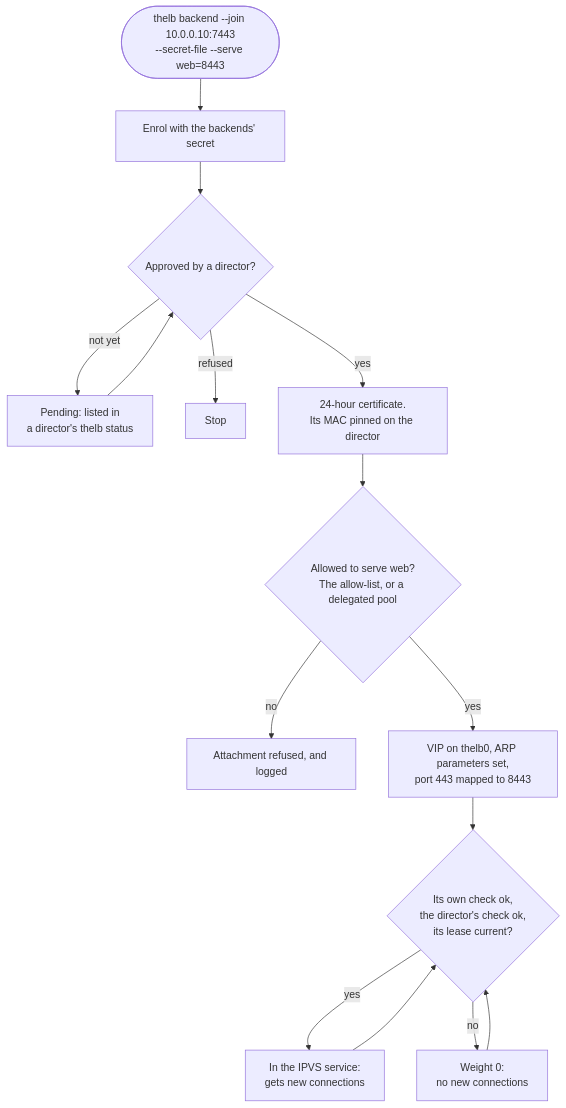
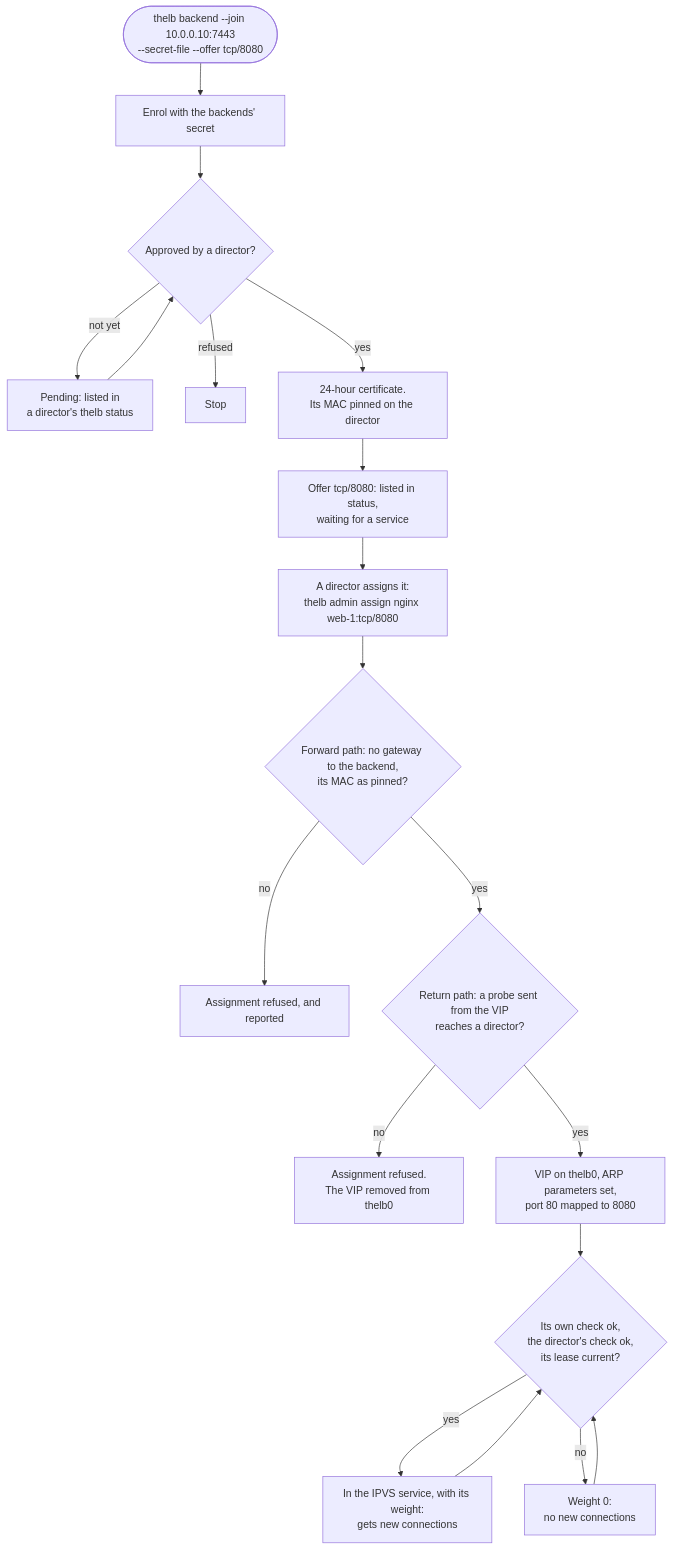
One commit to dmartsapp/thelb changed the fifth of 6 diagrams in docs/diagrams.md. Above: the diagram before and after it, drawn with Mermaid. The commit also changed other lines of this file and 1 other file, not shown here.

````diff
--- a/docs/diagrams.md
+++ b/docs/diagrams.md
@@ -118,17 +120,21 @@
 ```mermaid
 flowchart TD
-    e(["thelb backend --join 10.0.0.10:7443<br/>--secret-file --serve web=8443"]) --> enrol["Enrol with the backends' secret"]
+    e(["thelb backend --join 10.0.0.10:7443<br/>--secret-file --offer tcp/8080"]) --> enrol["Enrol with the backends' secret"]
     enrol --> appr{"Approved by a director?"}
     appr -->|"not yet"| p["Pending: listed in<br/>a director's thelb status"]
     p --> appr
     appr -->|"refused"| r["Stop"]
     appr -->|"yes"| cert["24-hour certificate.<br/>Its MAC pinned on the director"]
-    cert --> allow{"Allowed to serve web?<br/>The allow-list, or a delegated pool"}
-    allow -->|"no"| deny["Attachment refused, and logged"]
-    allow -->|"yes"| prep["VIP on thelb0, ARP parameters set,<br/>port 443 mapped to 8443"]
+    cert --> offer["Offer tcp/8080: listed in status,<br/>waiting for a service"]
+    offer --> assign["A director assigns it:<br/>thelb admin assign nginx web-1:tcp/8080"]
+    assign --> fwd{"Forward path: no gateway to the backend,<br/>its MAC as pinned?"}
+    fwd -->|"no"| refuse1["Assignment refused, and reported"]
+    fwd -->|"yes"| ret{"Return path: a probe sent from the VIP<br/>reaches a director?"}
+    ret -->|"no"| refuse2["Assignment refused.<br/>The VIP removed from thelb0"]
+    ret -->|"yes"| prep["VIP on thelb0, ARP parameters set,<br/>port 80 mapped to 8080"]
     prep --> checks{"Its own check ok,<br/>the director's check ok,<br/>its lease current?"}
-    checks -->|"yes"| on["In the IPVS service:<br/>gets new connections"]
+    checks -->|"yes"| on["In the IPVS service, with its weight:<br/>gets new connections"]
     checks -->|"no"| off["Weight 0:<br/>no new connections"]
     on --> checks
     off --> checks
 ```
````
